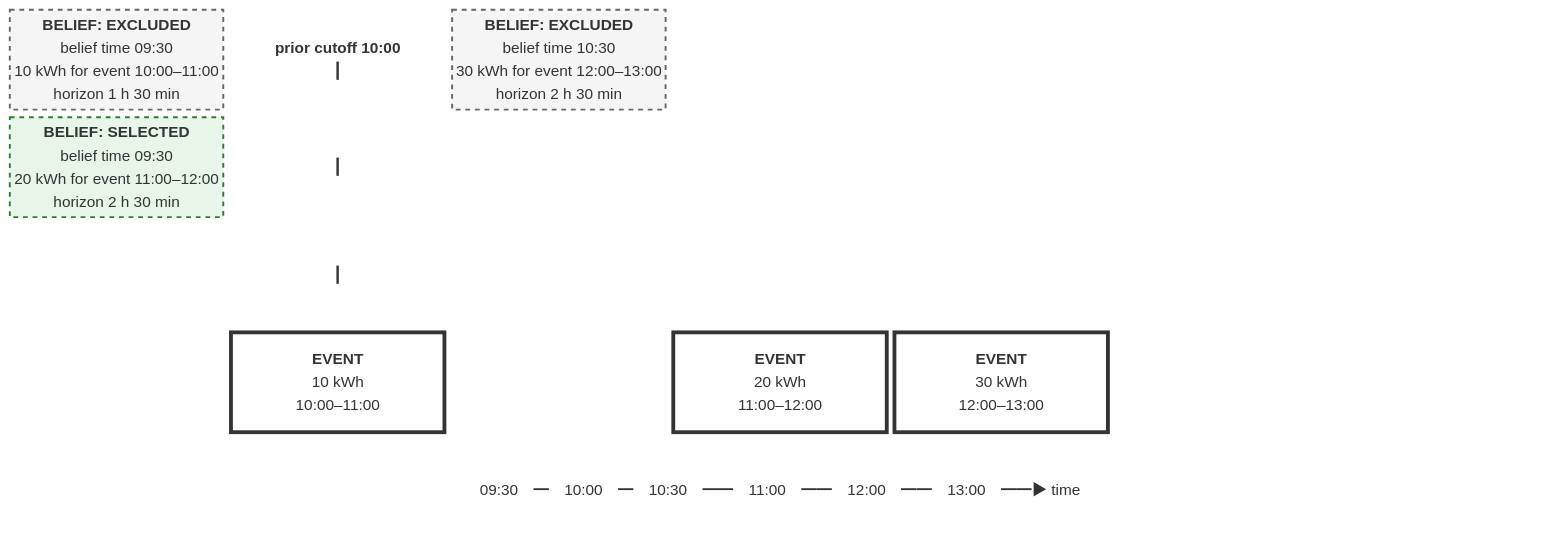
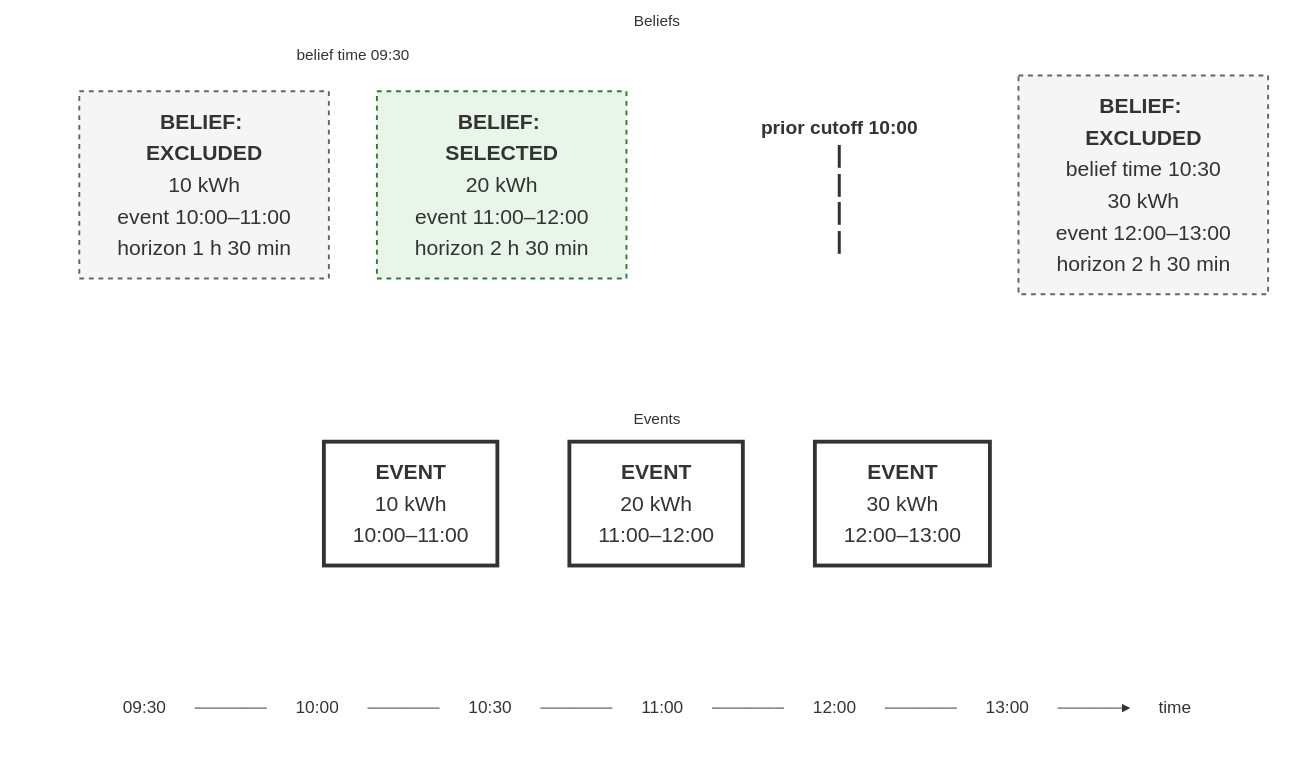
Before and after one commit to FlexMeasures/flexmeasures: the second of 2 diagrams in documentation/concepts/time-series-and-beliefs.rst, drawn with Mermaid.

Commit message:
docs: enlarge belief query timeline

```diff
--- a/documentation/concepts/time-series-and-beliefs.rst
+++ b/documentation/concepts/time-series-and-beliefs.rst
@@ -144,20 +144,44 @@
 .. mermaid::
 
-   block-beta
-       columns 7
-       B10["<b>BELIEF: EXCLUDED</b><br/>belief time 09:30<br/>10 kWh for event 10:00–11:00<br/>horizon 1 h 30 min"] PRIOR1["<b>prior cutoff 10:00</b><br/>┃"] B30["<b>BELIEF: EXCLUDED</b><br/>belief time 10:30<br/>30 kWh for event 12:00–13:00<br/>horizon 2 h 30 min"] space:4
-       B20["<b>BELIEF: SELECTED</b><br/>belief time 09:30<br/>20 kWh for event 11:00–12:00<br/>horizon 2 h 30 min"] PRIOR2["┃"] space:5
-       space PRIOR3["┃"] space:5
-       space E10["<b>EVENT</b><br/>10 kWh<br/>10:00–11:00"] space E20["<b>EVENT</b><br/>20 kWh<br/>11:00–12:00"] E30["<b>EVENT</b><br/>30 kWh<br/>12:00–13:00"] space:2
-       AXIS["09:30　━　10:00　━　10:30　━━　11:00　━━　12:00　━━　13:00　━━▶ time"]:7
+   flowchart TB
+       subgraph BELIEFS["Beliefs"]
+           direction LR
+           subgraph SAME_TIME["belief time 09:30"]
+               direction TB
+               B10["<b>BELIEF: EXCLUDED</b><br/>10 kWh<br/>event 10:00–11:00<br/>horizon 1 h 30 min"]
+               B20["<b>BELIEF: SELECTED</b><br/>20 kWh<br/>event 11:00–12:00<br/>horizon 2 h 30 min"]
+           end
+           PRIOR["<b>prior cutoff 10:00</b><br/>┃<br/>┃<br/>┃<br/>┃"]
+           B30["<b>BELIEF: EXCLUDED</b><br/>belief time 10:30<br/>30 kWh<br/>event 12:00–13:00<br/>horizon 2 h 30 min"]
+           B10 ~~~ PRIOR ~~~ B30
+           B20 ~~~ PRIOR
+       end
 
-       classDef excludedBelief fill:#f5f5f5,stroke:#666,stroke-width:2px,stroke-dasharray:5 5
-       classDef selectedBelief fill:#e8f5e9,stroke:#2e7d32,stroke-width:2px,stroke-dasharray:5 5
-       classDef event fill:#fff,stroke:#333,stroke-width:4px
-       classDef cutoff fill:transparent,stroke:transparent
-       classDef tick fill:transparent,stroke:transparent
+       subgraph EVENTS["Events"]
+           direction LR
+           E10["<b>EVENT</b><br/>10 kWh<br/>10:00–11:00"]
+           E20["<b>EVENT</b><br/>20 kWh<br/>11:00–12:00"]
+           E30["<b>EVENT</b><br/>30 kWh<br/>12:00–13:00"]
+           E10 ~~~ E20 ~~~ E30
+       end
+
+       subgraph TIMELINE[" "]
+           direction LR
+           T0930["09:30"] --- T1000["10:00"] --- T1030["10:30"] --- T1100["11:00"] --- T1200["12:00"] --- T1300["13:00"] --> TIME["time"]
+       end
+
+       classDef excludedBelief fill:#f5f5f5,stroke:#666,stroke-width:2px,stroke-dasharray:5 5,font-size:22px
+       classDef selectedBelief fill:#e8f5e9,stroke:#2e7d32,stroke-width:2px,stroke-dasharray:5 5,font-size:22px
+       classDef event fill:#fff,stroke:#333,stroke-width:4px,font-size:22px
+       classDef cutoff fill:transparent,stroke:transparent,font-size:20px
+       classDef tick fill:transparent,stroke:transparent,font-size:18px
        class B10,B30 excludedBelief
        class B20 selectedBelief
        class E10,E20,E30 event
-       class PRIOR1,PRIOR2,PRIOR3 cutoff
-       class AXIS tick
+       class PRIOR cutoff
+       class T0930,T1000,T1030,T1100,T1200,T1300,TIME tick
+       BELIEFS ~~~ EVENTS ~~~ TIMELINE
+       style BELIEFS fill:transparent,stroke:transparent
+       style SAME_TIME fill:transparent,stroke:transparent
+       style EVENTS fill:transparent,stroke:transparent
+       style TIMELINE fill:transparent,stroke:transparent
```
